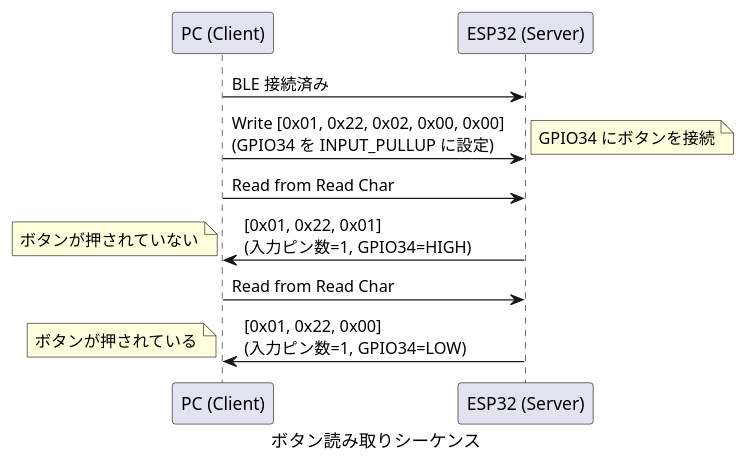
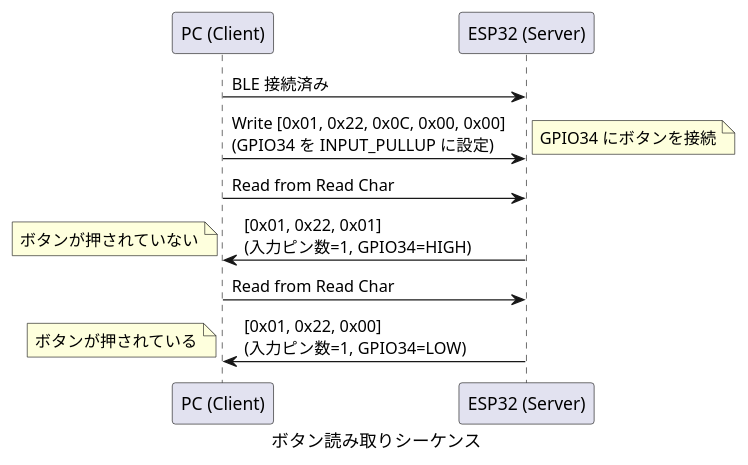
The third of 4 diagrams in docs-src/protocol.md (Hondarer/bleio), drawn with PlantUML before and after one commit. The commit also changed other lines of this file and 3 other files, not shown here.

````diff
--- a/docs-src/protocol.md
+++ b/docs-src/protocol.md
@@ -343,21 +343,21 @@
 ```plantuml
 @startuml ボタン読み取りシーケンス
     caption ボタン読み取りシーケンス
 
     participant "PC (Client)" as PC
     participant "ESP32 (Server)" as ESP32
 
     PC -> ESP32: BLE 接続済み
 
-    PC -> ESP32: Write [0x01, 0x22, 0x02, 0x00, 0x00]\n(GPIO34 を INPUT_PULLUP に設定)
+    PC -> ESP32: Write [0x01, 0x22, 0x0C, 0x00, 0x00]\n(GPIO34 を INPUT_PULLUP に設定)
     note right: GPIO34 にボタンを接続
 
     PC -> ESP32: Read from Read Char
     ESP32 -> PC: [0x01, 0x22, 0x01]\n(入力ピン数=1, GPIO34=HIGH)
     note left: ボタンが押されていない
 
     PC -> ESP32: Read from Read Char
     ESP32 -> PC: [0x01, 0x22, 0x00]\n(入力ピン数=1, GPIO34=LOW)
     note left: ボタンが押されている
 @enduml
 ```
````
